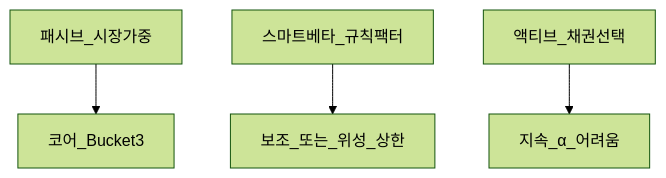
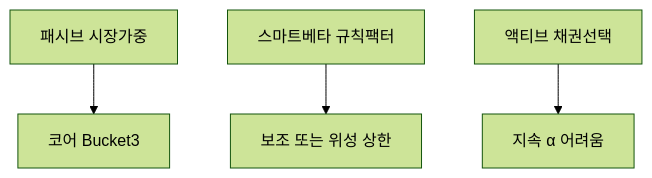
Before and after one commit to goldanghenry/Finances: the first of 4 diagrams in 08-advanced/quant-investing-intro.md, drawn with Mermaid (forest theme). The commit also changed other lines of this file and 211 other files, not shown here.

````diff
--- a/08-advanced/quant-investing-intro.md
+++ b/08-advanced/quant-investing-intro.md
@@ -160,6 +154,6 @@
 ```mermaid
 flowchart TD
-  Passive[패시브_시장가중] --> Core[코어_Bucket3]
-  Smart[스마트베타_규칙팩터] --> Sat[보조_또는_위성_상한]
-  Active[액티브_채권선택] --> Hard[지속_α_어려움]
+  Passive["패시브 시장가중"] --> Core["코어 Bucket3"]
+  Smart["스마트베타 규칙팩터"] --> Sat["보조 또는 위성 상한"]
+  Active["액티브 채권선택"] --> Hard["지속 α 어려움"]
 ```
````
